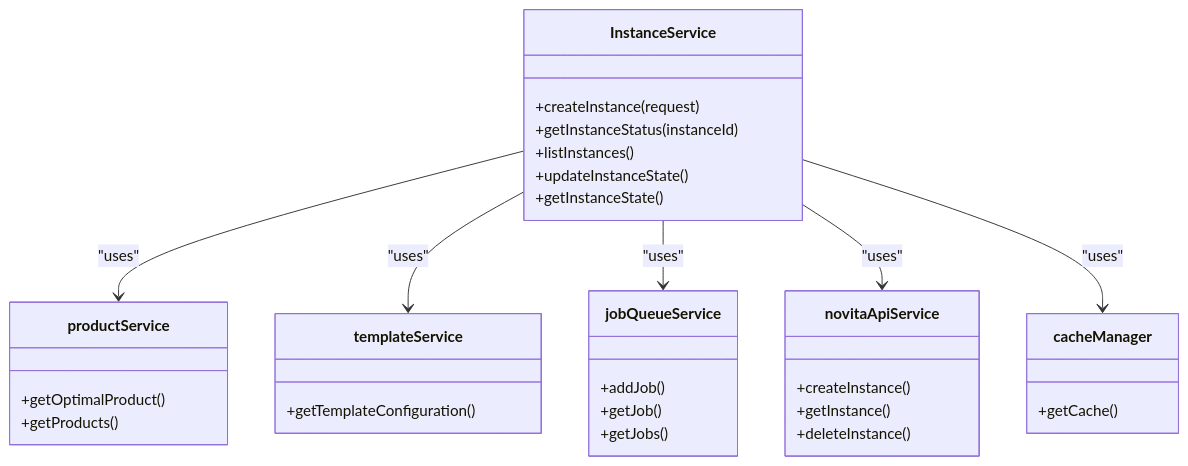
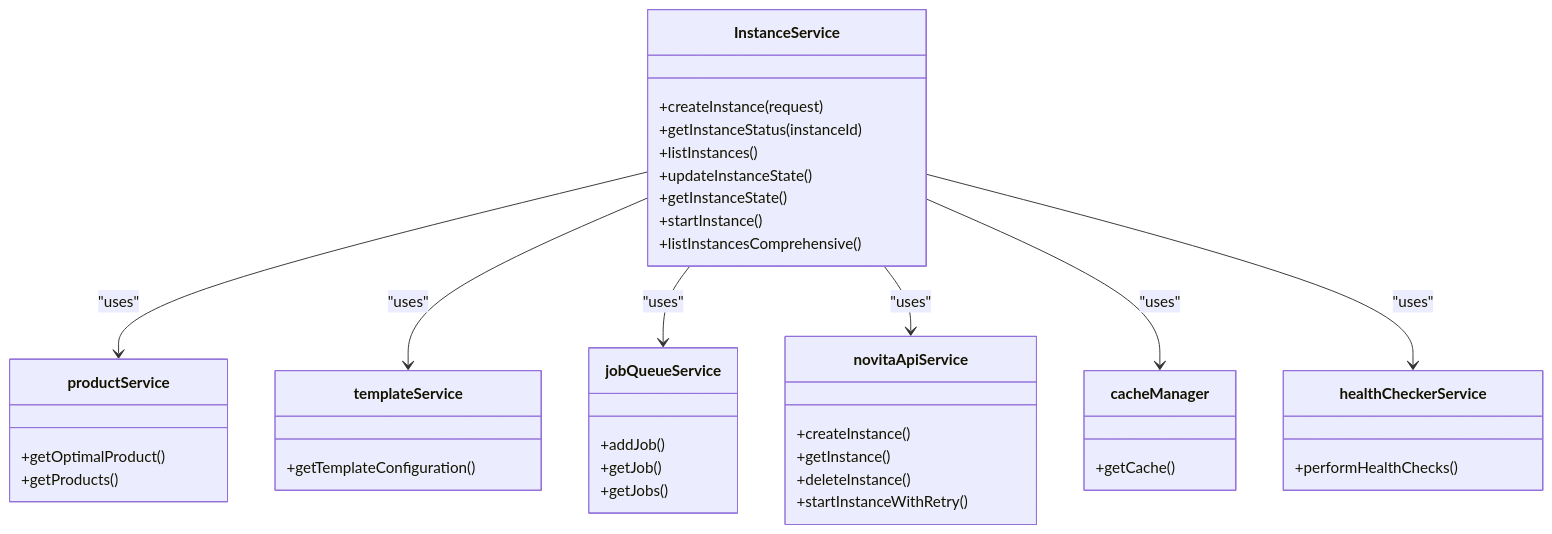
The fifth of 6 diagrams in .qoder/repowiki/en/content/Service Architecture/Instance Service.md (sontl/novita-ai-api), drawn with Mermaid before and after one commit. The commit also changed other lines of this file and 76 other files, not shown here.

````diff
--- a/.qoder/repowiki/en/content/Service Architecture/Instance Service.md
+++ b/.qoder/repowiki/en/content/Service Architecture/Instance Service.md
@@ -144,35 +333,42 @@
 ```mermaid
 classDiagram
 class InstanceService {
 +createInstance(request)
 +getInstanceStatus(instanceId)
 +listInstances()
 +updateInstanceState()
 +getInstanceState()
++startInstance()
++listInstancesComprehensive()
 }
 class productService {
 +getOptimalProduct()
 +getProducts()
 }
 class templateService {
 +getTemplateConfiguration()
 }
 class jobQueueService {
 +addJob()
 +getJob()
 +getJobs()
 }
 class novitaApiService {
 +createInstance()
 +getInstance()
 +deleteInstance()
++startInstanceWithRetry()
 }
 class cacheManager {
 +getCache()
+}
+class healthCheckerService {
++performHealthChecks()
 }
 InstanceService --> productService : "uses"
 InstanceService --> templateService : "uses"
 InstanceService --> jobQueueService : "uses"
 InstanceService --> novitaApiService : "uses"
 InstanceService --> cacheManager : "uses"
+InstanceService --> healthCheckerService : "uses"
 ```
````
